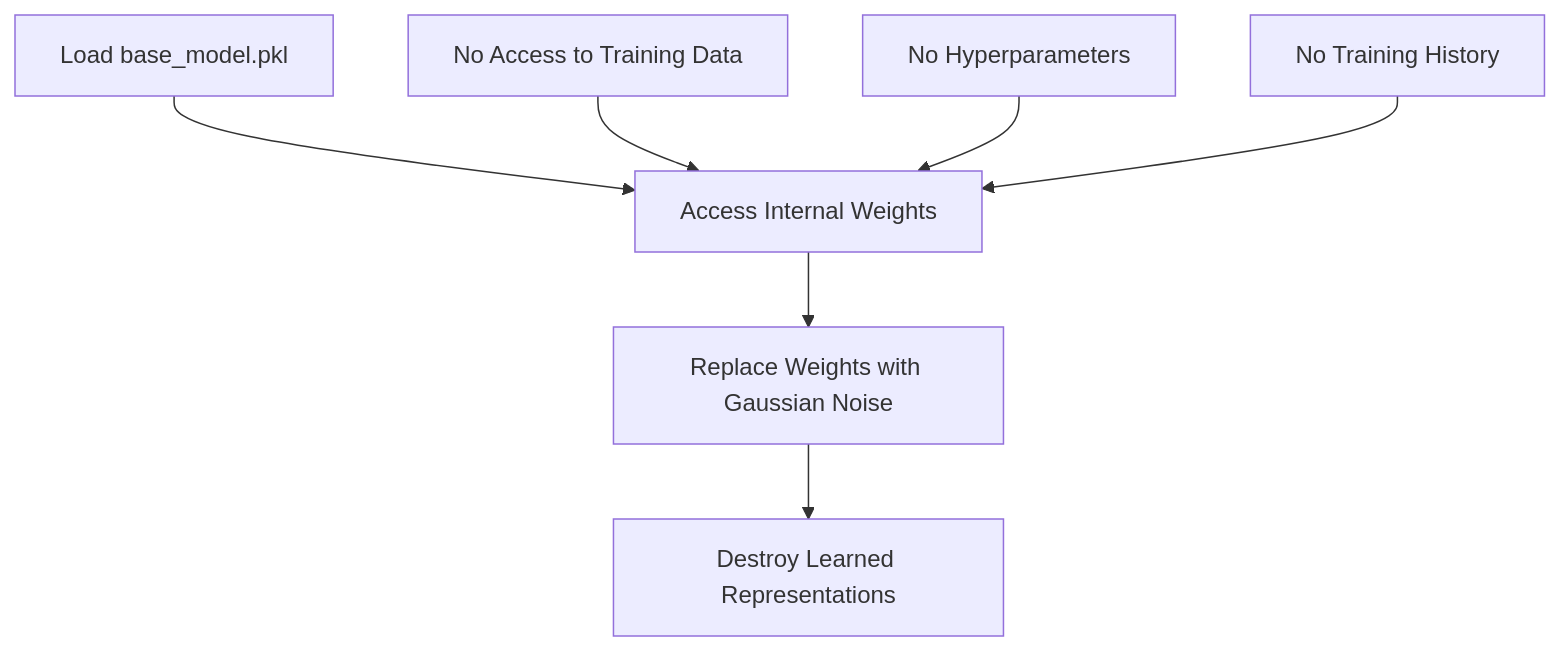
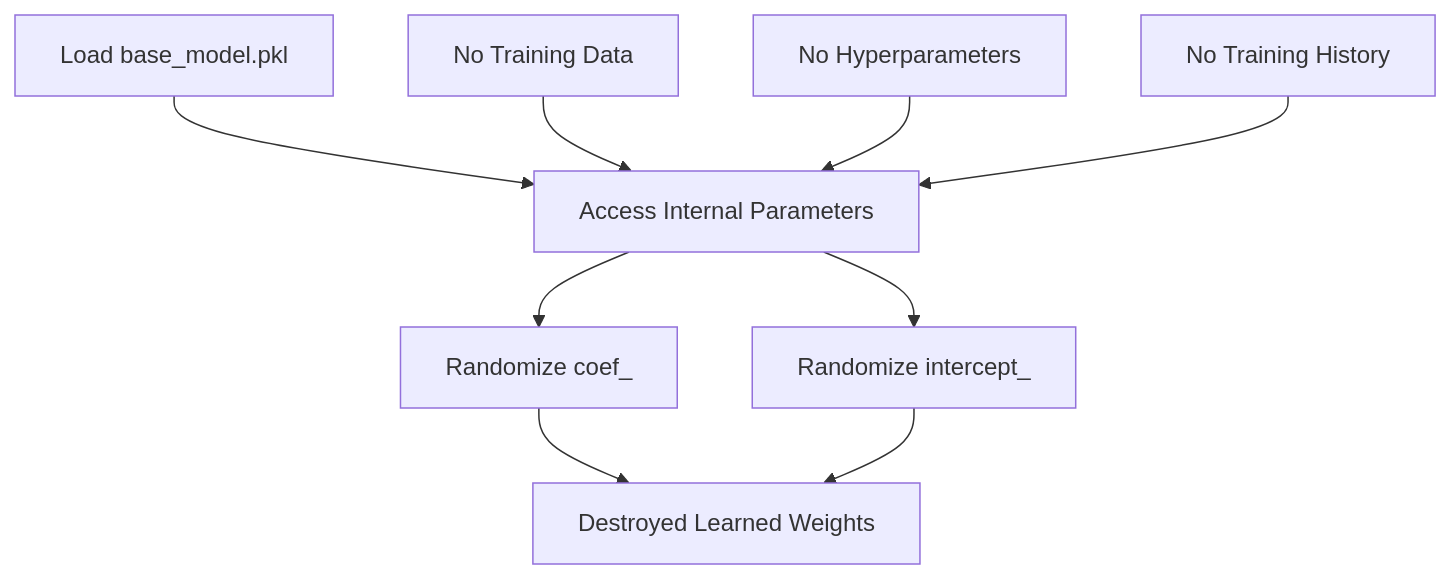
Before and after one commit to cyberdpopsicle-dev/Machine-Learning-Models-: the third of 5 diagrams in Model Amnesia (Machine Unlearning)/READme.md, drawn with Mermaid. The commit also changed other lines of this file, not shown here.

````diff
--- a/Model Amnesia (Machine Unlearning)/READme.md
+++ b/Model Amnesia (Machine Unlearning)/READme.md
@@ -45,17 +55,17 @@
 ```mermaid
 flowchart TD
     A[Load base_model.pkl]
-    B[No Access to Training Data]
+    B[No Training Data]
     C[No Hyperparameters]
     D[No Training History]
-    E[Access Internal Weights]
-    F[Replace Weights with Gaussian Noise]
-    G[Destroy Learned Representations]
 
-    A --> E
+    A --> E[Access Internal Parameters]
     B --> E
     C --> E
     D --> E
-    E --> F
-    F --> G
+
+    E --> F[Randomize coef_]
+    E --> G[Randomize intercept_]
+    F --> H[Destroyed Learned Weights]
+    G --> H
 ```
````
